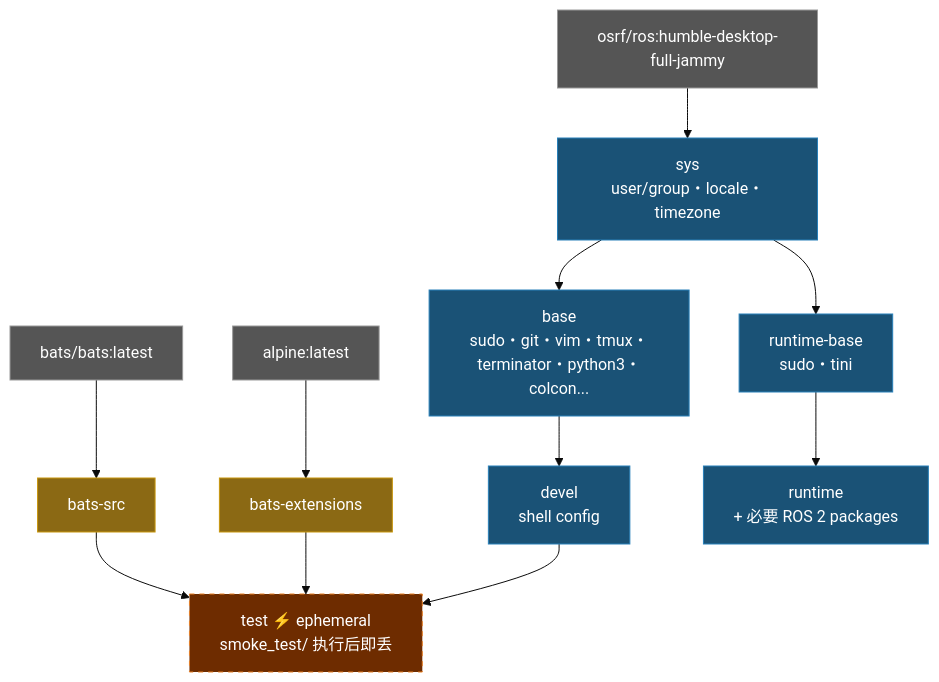
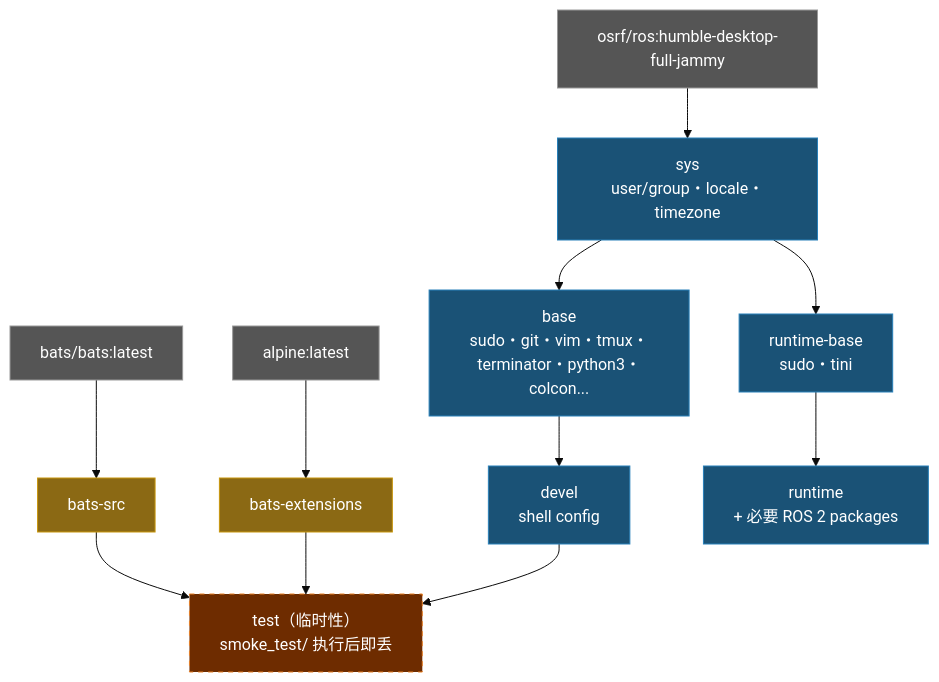
The diagram in doc/README.zh-CN.md (ycpss91255-docker/osrf_ros2_humble), drawn with Mermaid (base theme) before and after one commit. The commit also changed 3 other files, not shown here.

Commit message:
docs: remove ⚡ emoji and translate ephemeral in architecture diagrams

````diff
--- a/doc/README.zh-CN.md
+++ b/doc/README.zh-CN.md
@@ -235,26 +235,26 @@
 ```mermaid
 graph TD
     EXT1["bats/bats:latest"]:::external
     EXT2["alpine:latest"]:::external
     EXT3["osrf/ros:humble-desktop-full-jammy"]:::external
 
     EXT1 --> bats-src["bats-src"]:::tool
     EXT2 --> bats-ext["bats-extensions"]:::tool
 
     EXT3 --> sys["sys\nuser/group・locale・timezone"]:::stage
 
     sys --> base["base\nsudo・git・vim・tmux・terminator・python3・colcon..."]:::stage
     base --> devel["devel\nshell config"]:::stage
 
-    bats-src --> test["test  ⚡ ephemeral\nsmoke_test/ 执行后即丢"]:::ephemeral
+    bats-src --> test["test（临时性）\nsmoke_test/ 执行后即丢"]:::ephemeral
     bats-ext --> test
     devel --> test
 
     sys --> runtime-base["runtime-base\nsudo・tini"]:::stage
     runtime-base --> runtime["runtime\n+ 必要 ROS 2 packages"]:::stage
 
     classDef external fill:#555,color:#fff,stroke:#999
     classDef tool fill:#8B6914,color:#fff,stroke:#c8960c
     classDef stage fill:#1a5276,color:#fff,stroke:#2980b9
     classDef ephemeral fill:#6e2c00,color:#fff,stroke:#e67e22,stroke-dasharray:5 5
 ```
````
